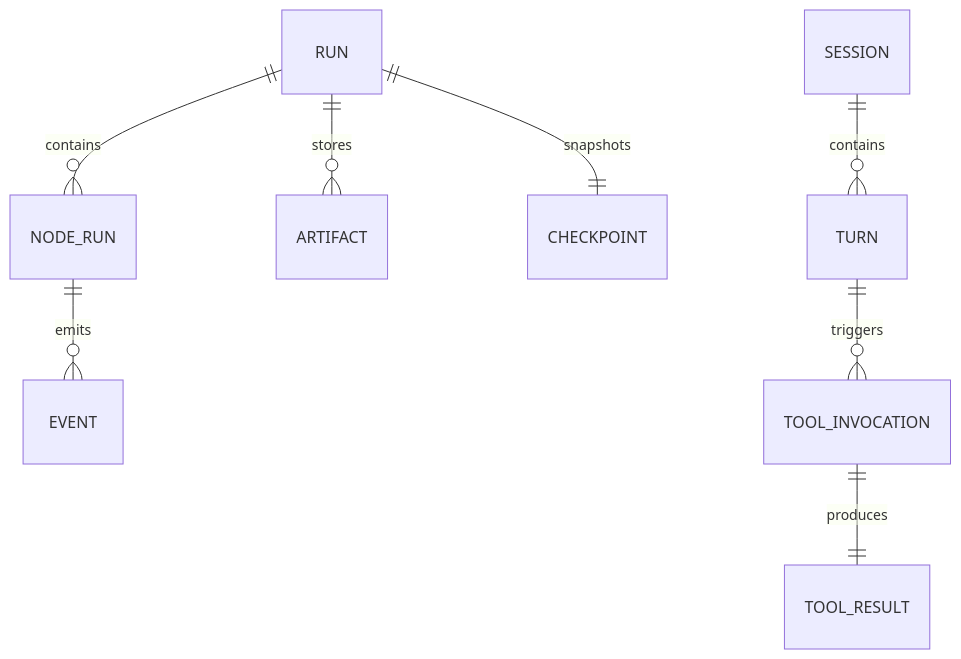
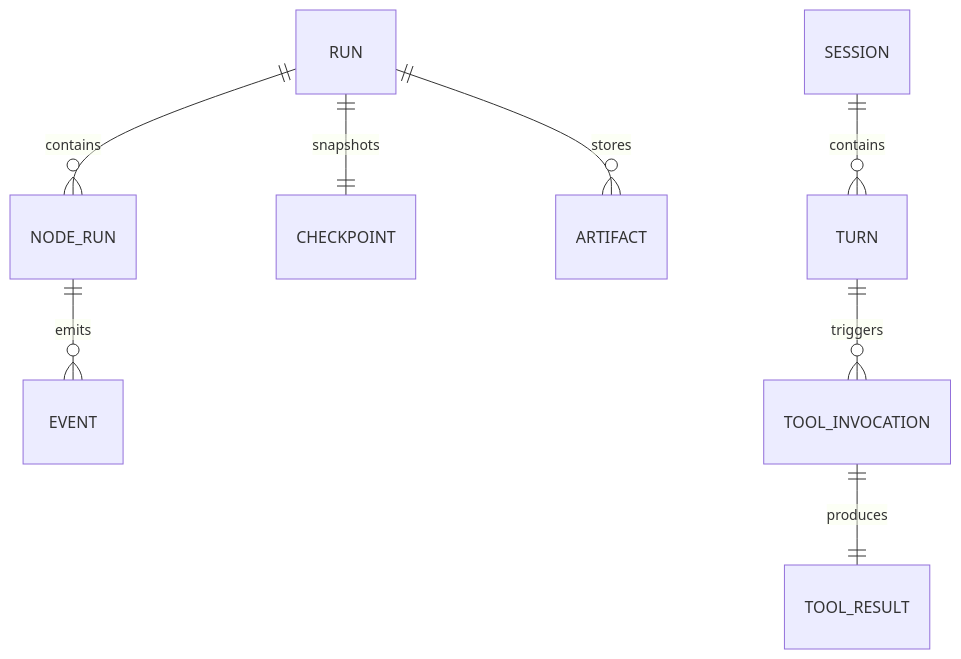
The second of 5 diagrams in docs/sprints/SPRINT-001-tcl-implement-nlspecs.md (jaytaylor/attractor-tcl), drawn with Mermaid before and after one commit. The commit also changed other lines of this file and 10 other files, not shown here.

````diff
--- a/docs/sprints/SPRINT-001-tcl-implement-nlspecs.md
+++ b/docs/sprints/SPRINT-001-tcl-implement-nlspecs.md
@@ -1940,10 +529,10 @@
 ```mermaid
 erDiagram
   RUN ||--o{ NODE_RUN : contains
+  RUN ||--|| CHECKPOINT : snapshots
   RUN ||--o{ ARTIFACT : stores
-  RUN ||--|| CHECKPOINT : snapshots
   NODE_RUN ||--o{ EVENT : emits
   SESSION ||--o{ TURN : contains
   TURN ||--o{ TOOL_INVOCATION : triggers
   TOOL_INVOCATION ||--|| TOOL_RESULT : produces
 ```
````
